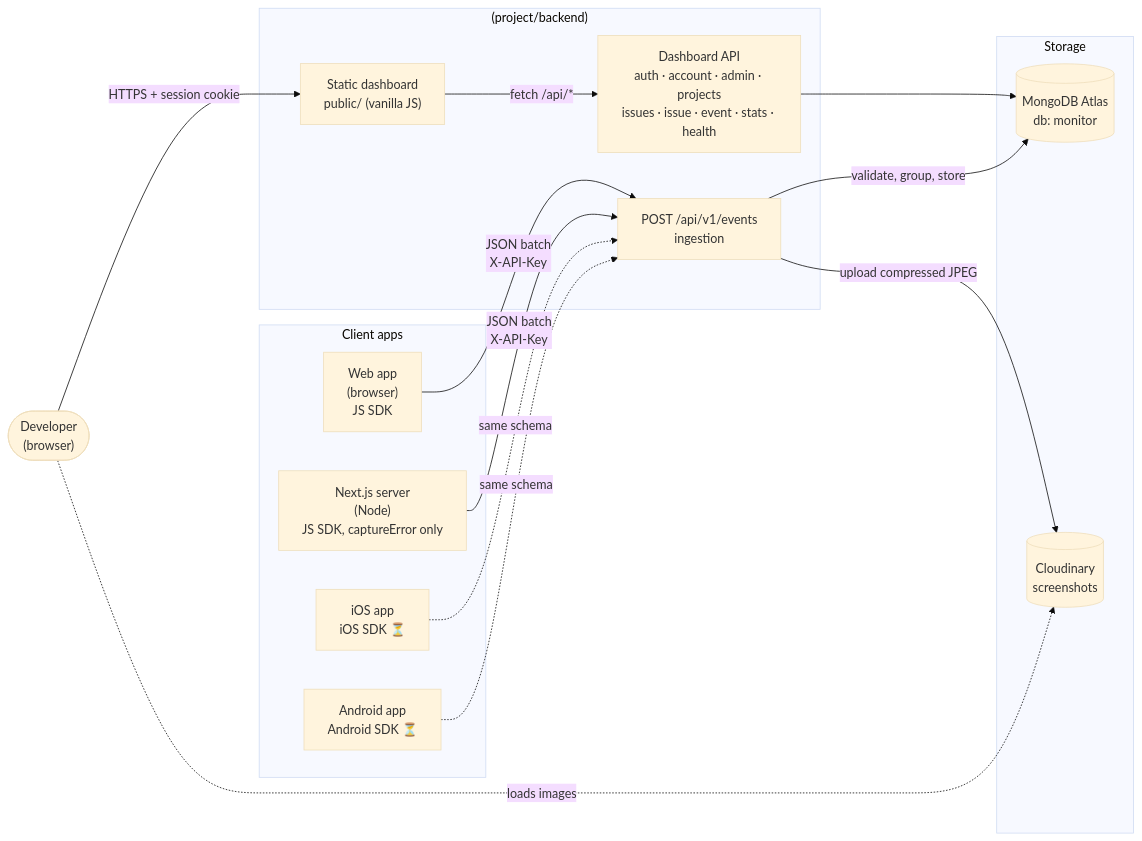
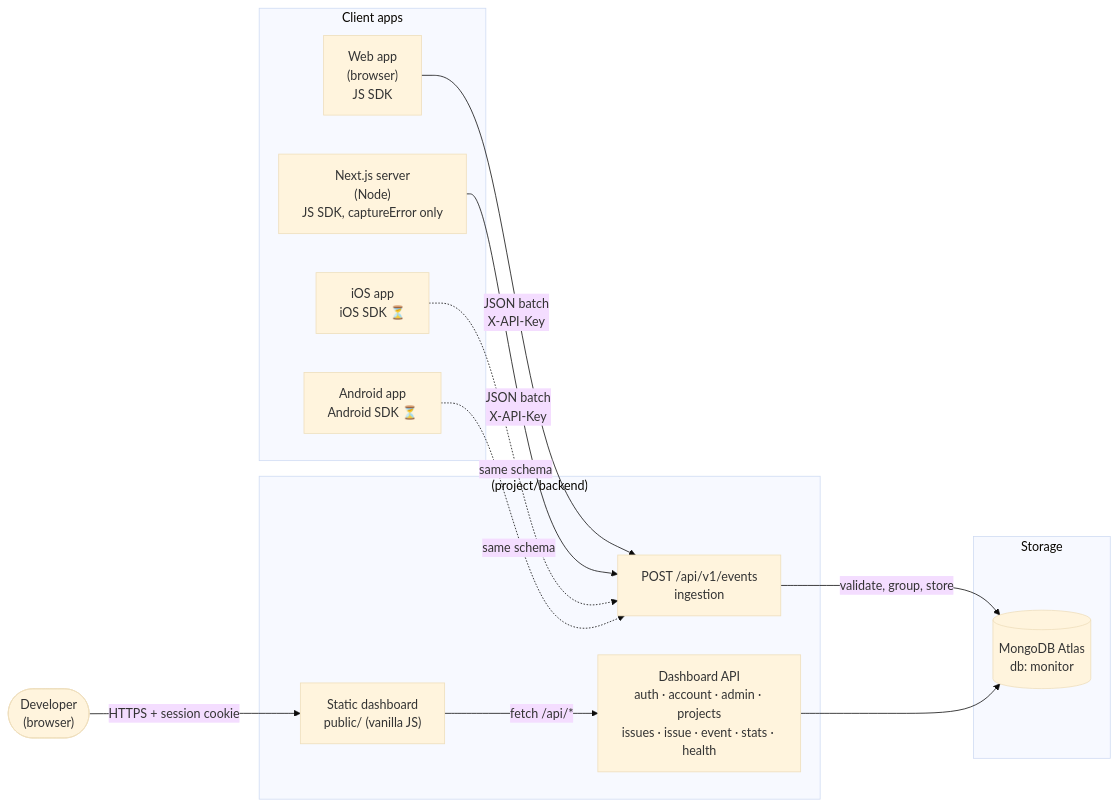
One commit to sou842/monitoring_system changed the first of 3 diagrams in docs/ARCHITECTURE.md. Above: the diagram before and after it, drawn with Mermaid (base theme). The commit also changed other lines of this file and 41 other files, not shown here.

````diff
--- a/docs/ARCHITECTURE.md
+++ b/docs/ARCHITECTURE.md
@@ -9,35 +9,32 @@
 ```mermaid
 flowchart LR
     subgraph Clients["Client apps"]
         WEB["Web app<br/>(browser)<br/>JS SDK"]
         NODE["Next.js server<br/>(Node)<br/>JS SDK, captureError only"]
         IOS["iOS app<br/>iOS SDK ⏳"]
         AND["Android app<br/>Android SDK ⏳"]
     end
 
     subgraph Vercel[" (project/backend)"]
         ING["POST /api/v1/events<br/>ingestion"]
         DASHAPI["Dashboard API<br/>auth · account · admin · projects<br/>issues · issue · event · stats · health"]
         STATIC["Static dashboard<br/>public/ (vanilla JS)"]
     end
 
     subgraph Storage
         MONGO[("MongoDB Atlas<br/>db: monitor")]
-        CLD[("Cloudinary<br/>screenshots")]
     end
 
     USER(["Developer<br/>(browser)"])
 
     WEB -- "JSON batch<br/>X-API-Key" --> ING
     NODE -- "JSON batch<br/>X-API-Key" --> ING
     IOS -. "same schema" .-> ING
     AND -. "same schema" .-> ING
 
     ING -- "validate, group, store" --> MONGO
-    ING -- "upload compressed JPEG" --> CLD
 
     USER -- "HTTPS + session cookie" --> STATIC
     STATIC -- "fetch /api/*" --> DASHAPI
     DASHAPI --> MONGO
-    USER -. "loads images" .-> CLD
 ```
````
